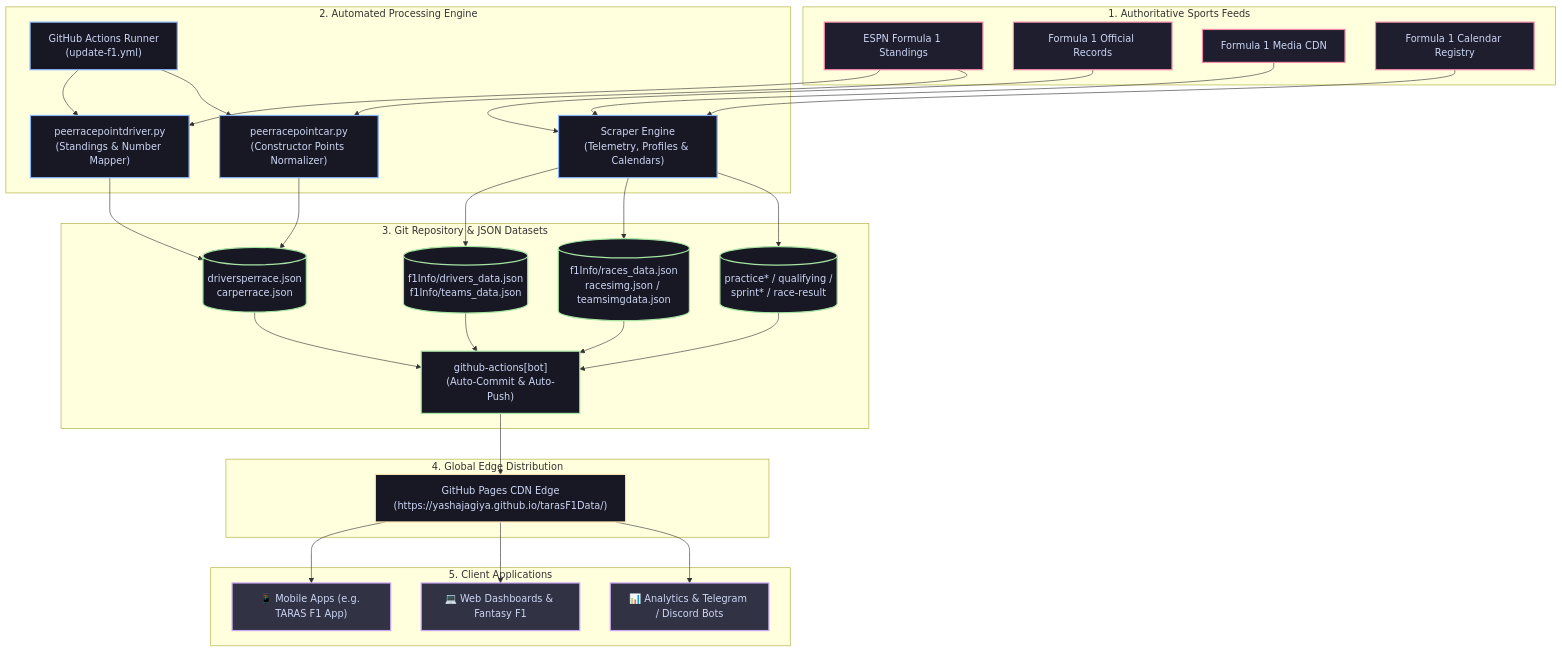
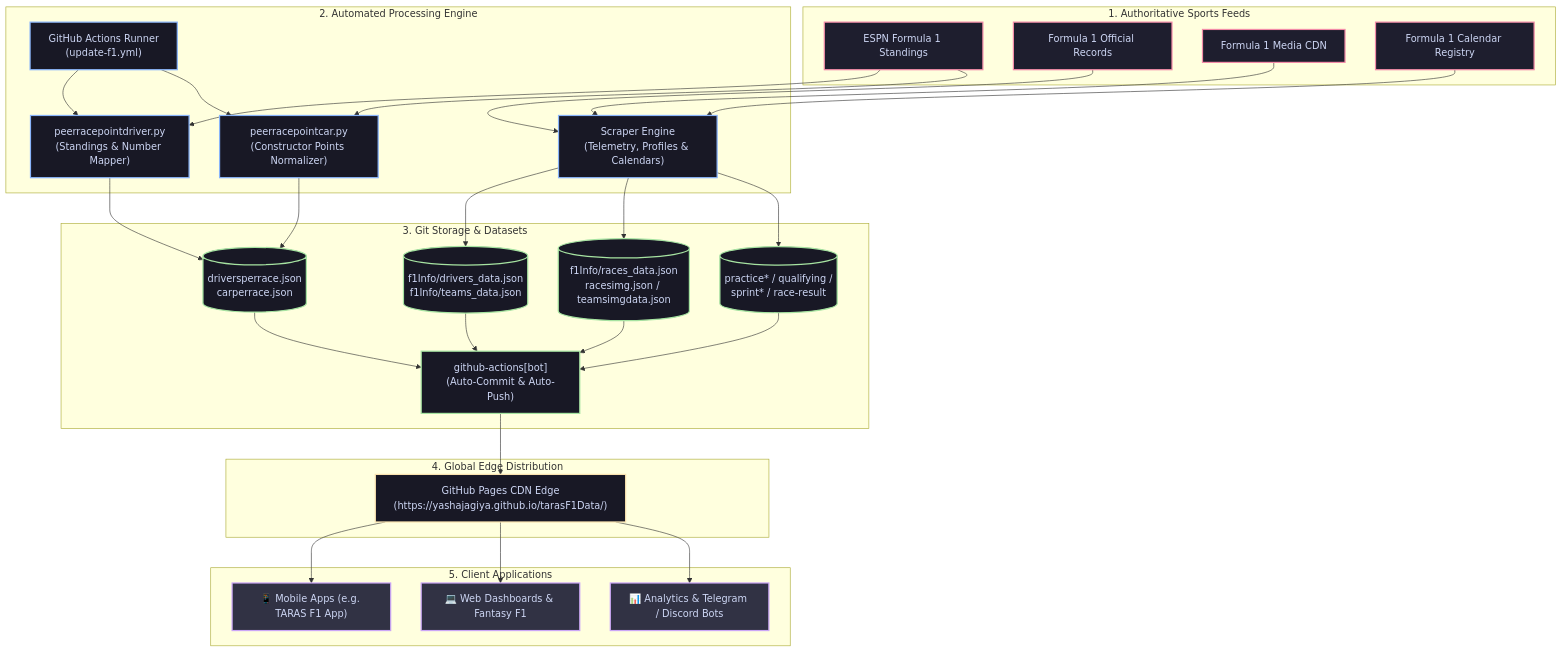
One commit to yashajagiya/tarasF1Data changed the first of 3 diagrams in README.md. Above: the diagram before and after it, drawn with Mermaid. The commit also changed other lines of this file, not shown here.

````diff
--- a/README.md
+++ b/README.md
@@ -52,60 +67,60 @@
 ```mermaid
 flowchart TD
     %% Styling
     classDef sourceStyle fill:#1e1e2e,stroke:#f38ba8,stroke-width:2px,color:#cdd6f4;
     classDef actionStyle fill:#181825,stroke:#89b4fa,stroke-width:2px,color:#cdd6f4;
     classDef storageStyle fill:#181825,stroke:#a6e3a1,stroke-width:2px,color:#cdd6f4;
     classDef cdnStyle fill:#181825,stroke:#f9e2af,stroke-width:2px,color:#cdd6f4;
     classDef clientStyle fill:#313244,stroke:#cba6f7,stroke-width:2px,color:#cdd6f4;
 
     subgraph Sources ["1. Authoritative Sports Feeds"]
         S1["ESPN Formula 1 Standings"]:::sourceStyle
         S2["Formula 1 Official Records"]:::sourceStyle
         S3["Formula 1 Media CDN"]:::sourceStyle
         S4["Formula 1 Calendar Registry"]:::sourceStyle
     end
 
     subgraph Pipeline ["2. Automated Processing Engine"]
         GH["GitHub Actions Runner\n(update-f1.yml)"]:::actionStyle
         P1["peerracepointdriver.py\n(Standings & Number Mapper)"]:::actionStyle
         P2["peerracepointcar.py\n(Constructor Points Normalizer)"]:::actionStyle
         P3["Scraper Engine\n(Telemetry, Profiles & Calendars)"]:::actionStyle
     end
 
-    subgraph Storage ["3. Git Repository & JSON Datasets"]
+    subgraph Storage ["3. Git Storage & Datasets"]
         J1[("driversperrace.json\ncarperrace.json")]:::storageStyle
         J2[("f1Info/drivers_data.json\nf1Info/teams_data.json")]:::storageStyle
         J3[("f1Info/races_data.json\nracesimg.json / teamsimgdata.json")]:::storageStyle
         J4[("practice* / qualifying /\nsprint* / race-result")]:::storageStyle
         BOT["github-actions[bot]\n(Auto-Commit & Auto-Push)"]:::storageStyle
     end
 
     subgraph Delivery ["4. Global Edge Distribution"]
         CDN["GitHub Pages CDN Edge\n(https://yashajagiya.github.io/tarasF1Data/)"]:::cdnStyle
     end
 
     subgraph Apps ["5. Client Applications"]
         APP1["📱 Mobile Apps (e.g. TARAS F1 App)"]:::clientStyle
         APP2["💻 Web Dashboards & Fantasy F1"]:::clientStyle
         APP3["📊 Analytics & Telegram / Discord Bots"]:::clientStyle
     end
 
     S1 --> P1
     S1 --> P2
     S2 --> P3
     S3 --> P3
     S4 --> P3
 
     GH --> P1
     GH --> P2
 
     P1 --> J1
     P2 --> J1
     P3 --> J2
     P3 --> J3
     P3 --> J4
 
     J1 & J2 & J3 & J4 --> BOT
     BOT --> CDN
     CDN --> APP1 & APP2 & APP3
 ```
````
